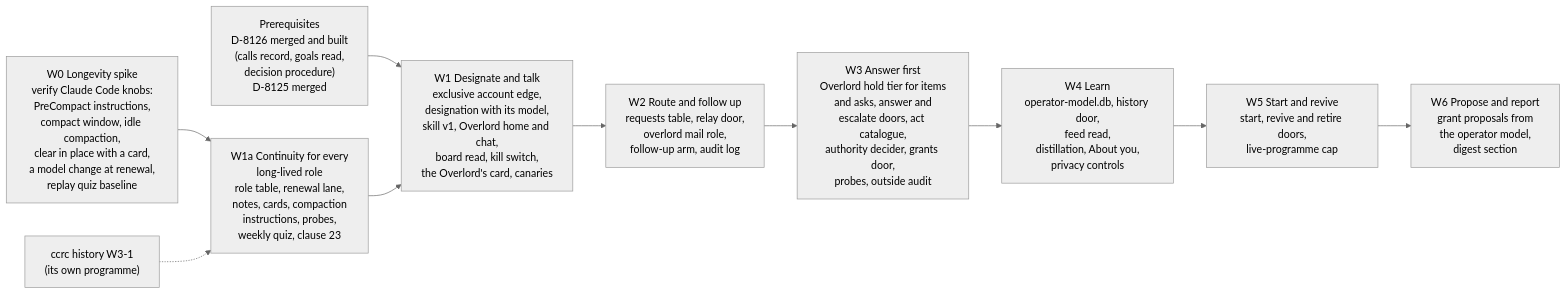
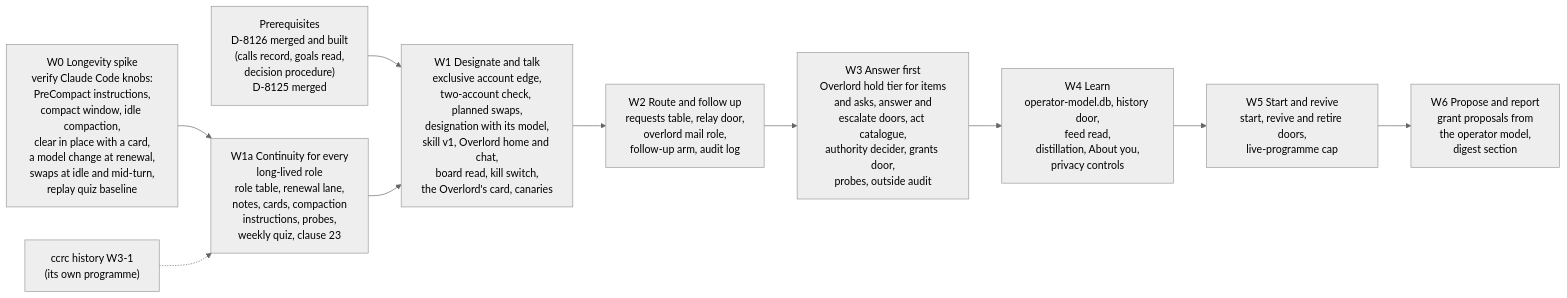
One commit to Synapsium-Labs/ccrc-pwa changed the eighth of 8 diagrams in docs/superpowers/specs/2026-11-09-overlord-design.md. Above: the diagram before and after it, drawn with Mermaid (neutral theme). The commit also changed other lines of this file, not shown here.

First line of the commit message:
docs(spec): the Overlord survives swaps and limits on many accounts (R14)

````diff
--- a/docs/superpowers/specs/2026-11-09-overlord-design.md
+++ b/docs/superpowers/specs/2026-11-09-overlord-design.md
@@ -1447,13 +1506,13 @@
 ```mermaid
 flowchart LR
   P0["Prerequisites<br/>D-8126 merged and built<br/>(calls record, goals read,<br/>decision procedure)<br/>D-8125 merged"] --> W1
-  W0["W0 Longevity spike<br/>verify Claude Code knobs:<br/>PreCompact instructions,<br/>compact window, idle compaction,<br/>clear in place with a card,<br/>a model change at renewal,<br/>replay quiz baseline"] --> W1A
+  W0["W0 Longevity spike<br/>verify Claude Code knobs:<br/>PreCompact instructions,<br/>compact window, idle compaction,<br/>clear in place with a card,<br/>a model change at renewal,<br/>swaps at idle and mid-turn,<br/>replay quiz baseline"] --> W1A
   H3["ccrc history W3-1<br/>(its own programme)"] -.-> W1A
   W1A["W1a Continuity for every<br/>long-lived role<br/>role table, renewal lane,<br/>notes, cards, compaction<br/>instructions, probes,<br/>weekly quiz, clause 23"] --> W1
-  W1["W1 Designate and talk<br/>exclusive account edge,<br/>designation with its model,<br/>skill v1, Overlord home and chat,<br/>board read, kill switch,<br/>the Overlord's card, canaries"] --> W2
+  W1["W1 Designate and talk<br/>exclusive account edge,<br/>two-account check, planned swaps,<br/>designation with its model,<br/>skill v1, Overlord home and chat,<br/>board read, kill switch,<br/>the Overlord's card, canaries"] --> W2
   W2["W2 Route and follow up<br/>requests table, relay door,<br/>overlord mail role,<br/>follow-up arm, audit log"] --> W3
   W3["W3 Answer first<br/>Overlord hold tier for items<br/>and asks, answer and<br/>escalate doors, act catalogue,<br/>authority decider, grants door,<br/>probes, outside audit"] --> W4
   W4["W4 Learn<br/>operator-model.db, history door,<br/>feed read,<br/>distillation, About you,<br/>privacy controls"] --> W5
   W5["W5 Start and revive<br/>start, revive and retire doors,<br/>live-programme cap"] --> W6
   W6["W6 Propose and report<br/>grant proposals from<br/>the operator model,<br/>digest section"]
 ```
````
